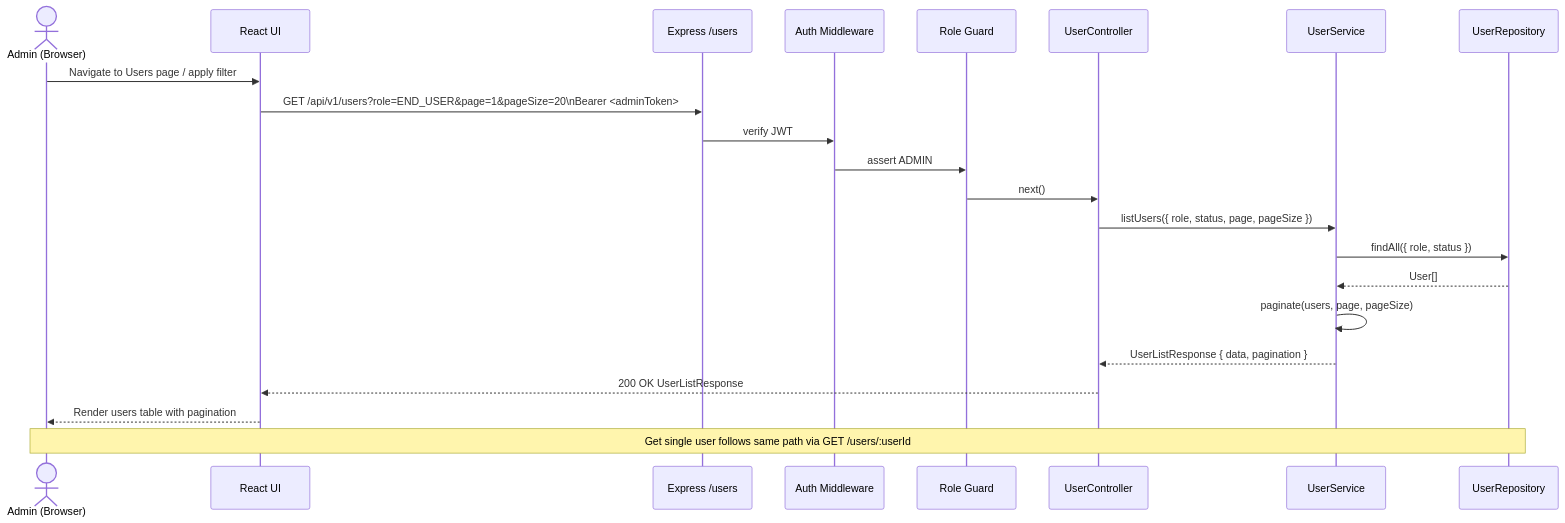
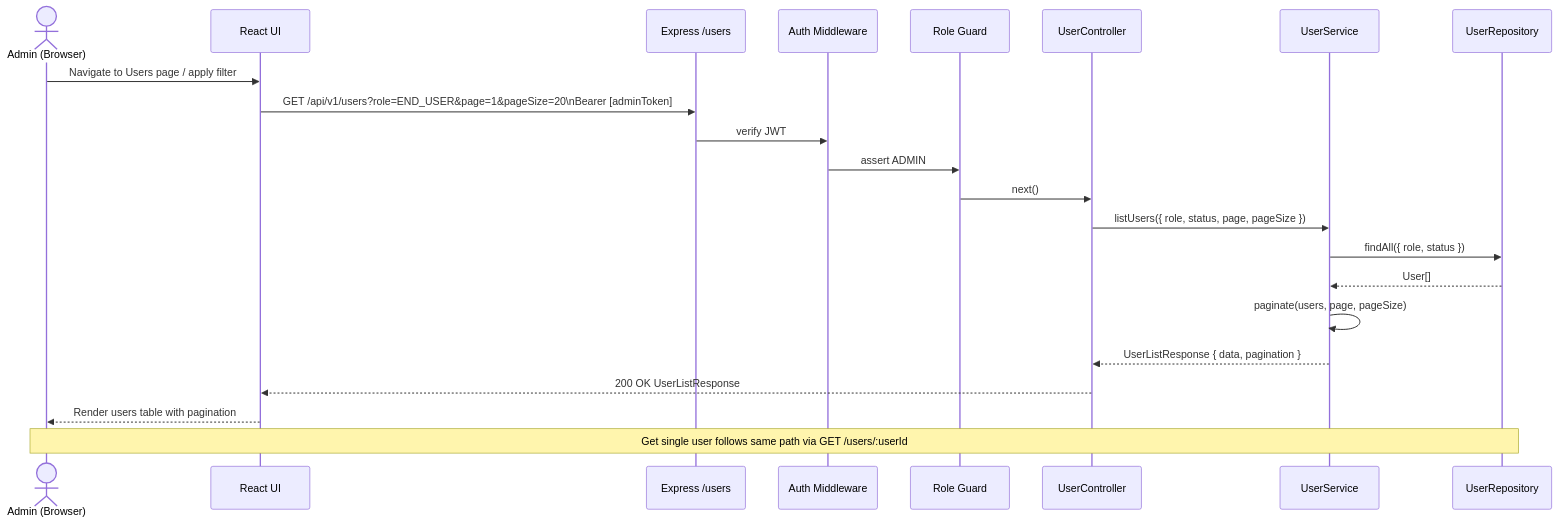
The eighth of 17 diagrams in software-architecture.md (vijaynvb/ellucian_ghc3), drawn with Mermaid before and after one commit. The commit also changed other lines of this file and 14285 other files, not shown here.

````diff
--- a/software-architecture.md
+++ b/software-architecture.md
@@ -576,26 +584,26 @@
 ```mermaid
 sequenceDiagram
     actor Admin as Admin (Browser)
     participant UI as React UI
     participant API as Express /users
     participant AuthMW as Auth Middleware
     participant RoleMW as Role Guard
     participant UC as UserController
     participant US as UserService
     participant UR as UserRepository
 
     Admin->>UI: Navigate to Users page / apply filter
-    UI->>API: GET /api/v1/users?role=END_USER&page=1&pageSize=20\nBearer <adminToken>
+    UI->>API: GET /api/v1/users?role=END_USER&page=1&pageSize=20\nBearer [adminToken]
     API->>AuthMW: verify JWT
     AuthMW->>RoleMW: assert ADMIN
     RoleMW->>UC: next()
     UC->>US: listUsers({ role, status, page, pageSize })
     US->>UR: findAll({ role, status })
     UR-->>US: User[]
     US->>US: paginate(users, page, pageSize)
     US-->>UC: UserListResponse { data, pagination }
     UC-->>UI: 200 OK UserListResponse
     UI-->>Admin: Render users table with pagination
 
     Note over Admin,UR: Get single user follows same path via GET /users/:userId
 ```
````
